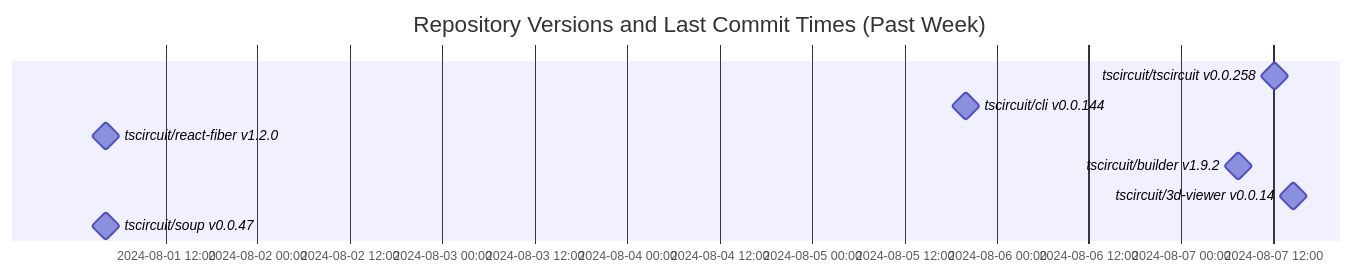
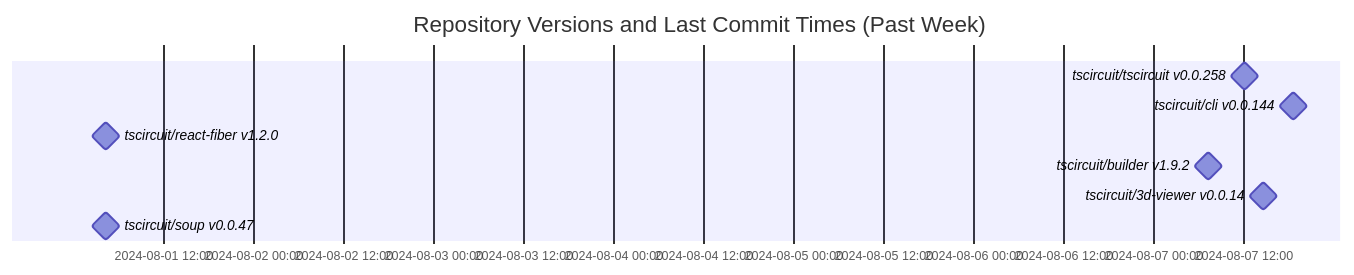
One commit to tscircuit/version-tracker changed the diagram in README.md. Above: the diagram before and after it, drawn with Mermaid.

Commit message:
Update chart

````diff
--- a/README.md
+++ b/README.md
@@ -1,13 +1,13 @@
 ```mermaid
 gantt
   dateFormat  YYYY-MM-DD HH:mm:ss
   title Repository Versions and Last Commit Times (Past Week)
   axisFormat %Y-%m-%d %H:%M
 
   tscircuit/tscircuit v0.0.258 : milestone, 2024-08-07 12:06:34, 1s
-  tscircuit/cli v0.0.144 : milestone, 2024-08-05 20:01:47, 1s
+  tscircuit/cli v0.0.144 : milestone, 2024-08-07 18:37:38, 1s
   tscircuit/react-fiber v1.2.0 : milestone, 2024-08-01 04:16:00, 1s
   tscircuit/builder v1.9.2 : milestone, 2024-08-07 07:21:49, 1s
   tscircuit/3d-viewer v0.0.14 : milestone, 2024-08-07 14:34:01, 1s
   tscircuit/soup v0.0.47 : milestone, 2024-08-01 04:19:38, 1s
 ```
````
